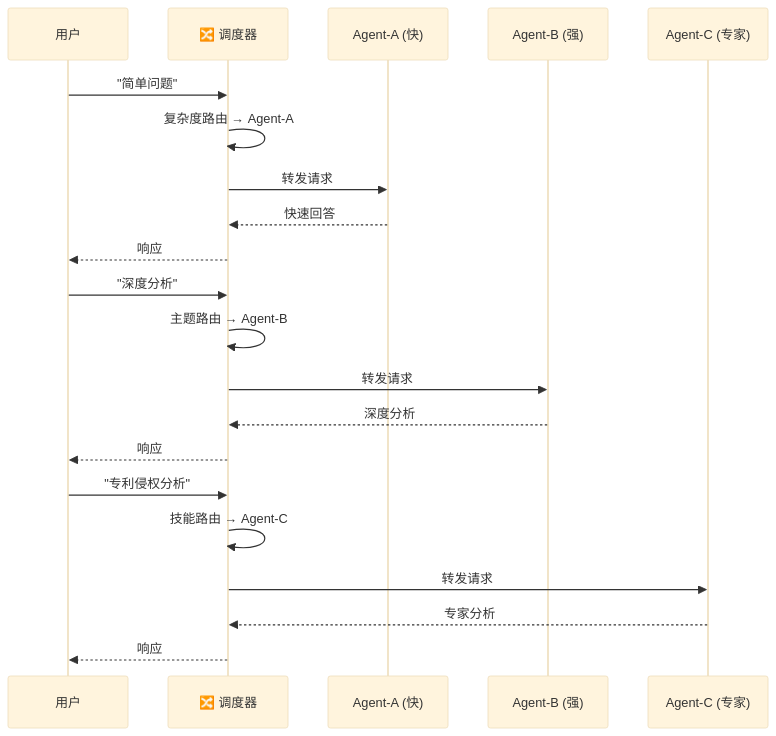
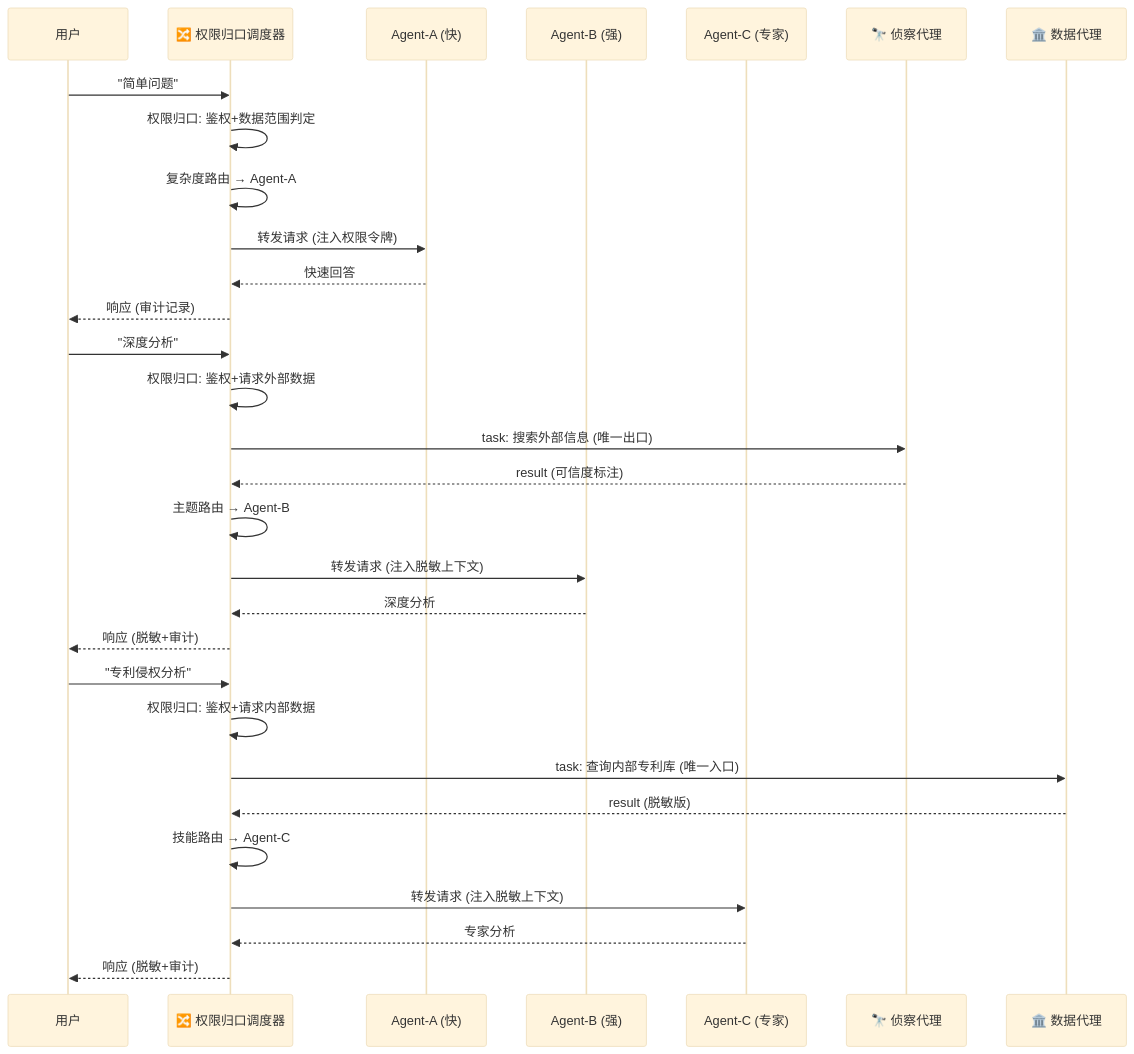
The seventh of 11 diagrams in docs/distributed-multi-agent-architecture.md (forestlei/hermes-agent), drawn with Mermaid (base theme) before and after one commit. The commit also changed other lines of this file and 1 other file, not shown here.

Commit message:
[docs] 架构v3.0: 全文重写, 三大骨架(专家化+权限归口+高稳定执行)贯穿14章, 20场景按三层组织

````diff
--- a/docs/distributed-multi-agent-architecture.md
+++ b/docs/distributed-multi-agent-architecture.md
@@ -963,26 +881,35 @@
 ```mermaid
 sequenceDiagram
     participant U as 用户
-    participant R as 🔀 调度器
+    participant G as 🔀 权限归口调度器
     participant A as Agent-A (快)
     participant B as Agent-B (强)
     participant C as Agent-C (专家)
+    participant S as 🔭 侦察代理
+    participant V as 🏛️ 数据代理
 
-    U->>R: "简单问题"
-    R->>R: 复杂度路由 → Agent-A
-    R->>A: 转发请求
-    A-->>R: 快速回答
-    R-->>U: 响应
+    U->>G: "简单问题"
+    G->>G: 权限归口: 鉴权+数据范围判定
+    G->>G: 复杂度路由 → Agent-A
+    G->>A: 转发请求 (注入权限令牌)
+    A-->>G: 快速回答
+    G-->>U: 响应 (审计记录)
 
-    U->>R: "深度分析"
-    R->>R: 主题路由 → Agent-B
-    R->>B: 转发请求
-    B-->>R: 深度分析
-    R-->>U: 响应
+    U->>G: "深度分析"
+    G->>G: 权限归口: 鉴权+请求外部数据
+    G->>S: task: 搜索外部信息 (唯一出口)
+    S-->>G: result (可信度标注)
+    G->>G: 主题路由 → Agent-B
+    G->>B: 转发请求 (注入脱敏上下文)
+    B-->>G: 深度分析
+    G-->>U: 响应 (脱敏+审计)
 
-    U->>R: "专利侵权分析"
-    R->>R: 技能路由 → Agent-C
-    R->>C: 转发请求
-    C-->>R: 专家分析
-    R-->>U: 响应
+    U->>G: "专利侵权分析"
+    G->>G: 权限归口: 鉴权+请求内部数据
+    G->>V: task: 查询内部专利库 (唯一入口)
+    V-->>G: result (脱敏版)
+    G->>G: 技能路由 → Agent-C
+    G->>C: 转发请求 (注入脱敏上下文)
+    C-->>G: 专家分析
+    G-->>U: 响应 (脱敏+审计)
 ```
````
